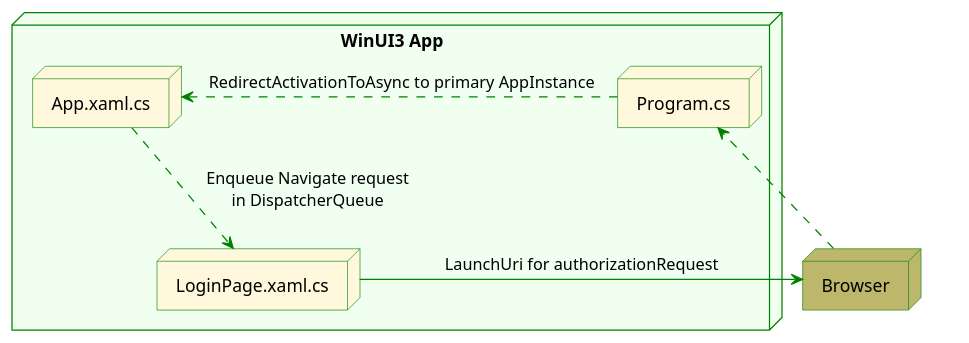
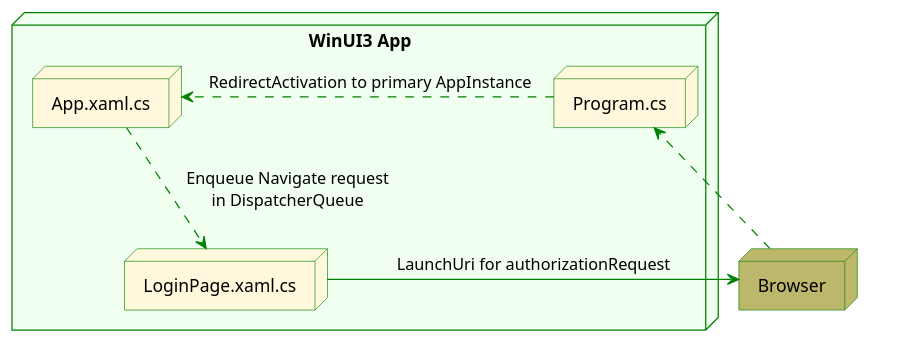
The diagram in plantuml/win.plantuml (qqap/log), drawn with PlantUML before and after one commit. The commit also changed 2 other files, not shown here.

```diff
--- a/plantuml/win.plantuml
+++ b/plantuml/win.plantuml
@@ -1,26 +1,26 @@
 @startuml
 
 <style>
 componentDiagram {
   LineColor Green
 }
 </style>
 node Browser as b #darkkhaki
 
 
 
 node "WinUI3 App" #honeydew {
 node LoginPage.xaml.cs as lp #cornsilk
 
 node Program.cs as p #cornsilk
 node App.xaml.cs as a #cornsilk
 }
 
 
 lp -> b : <color:Black>LaunchUri for authorizationRequest<color:Black>
 b -[dashed]> p : <color:white> Invoked by declared \n<color:white>URL protocol<color:white>
-p -[dashed]> a : <color:Black> RedirectActivationToAsync to primary AppInstance<color:Black>
+p -[dashed]> a : <color:Black> RedirectActivation to primary AppInstance<color:Black>
 a --[dashed]> lp : <color:Black> Enqueue Navigate request \n<color:Black>in DispatcherQueue<color:Black>
 
 
 @enduml
```
